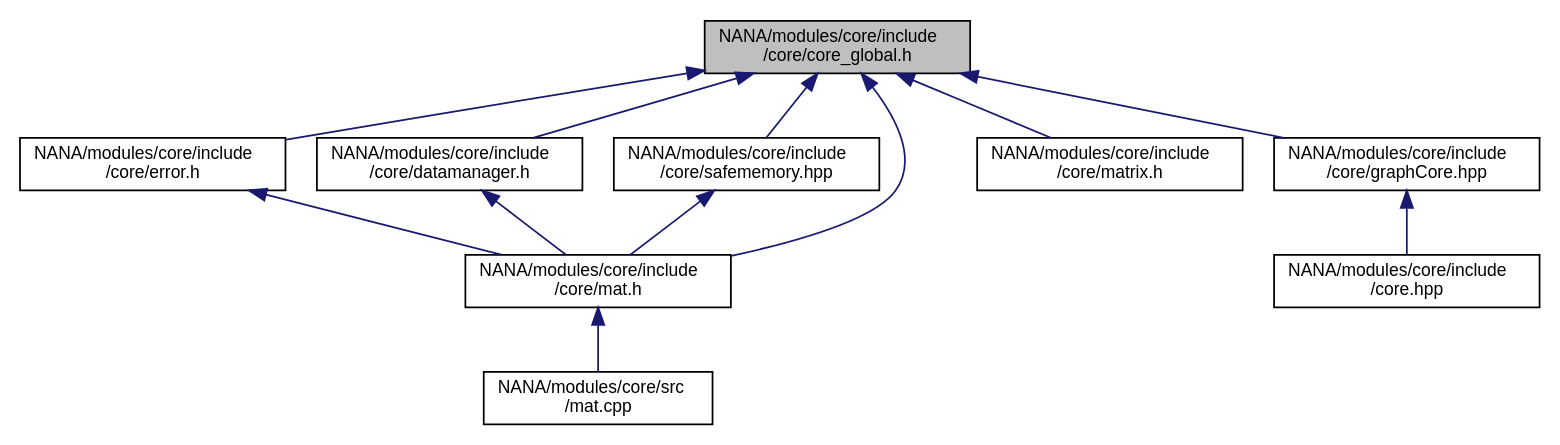
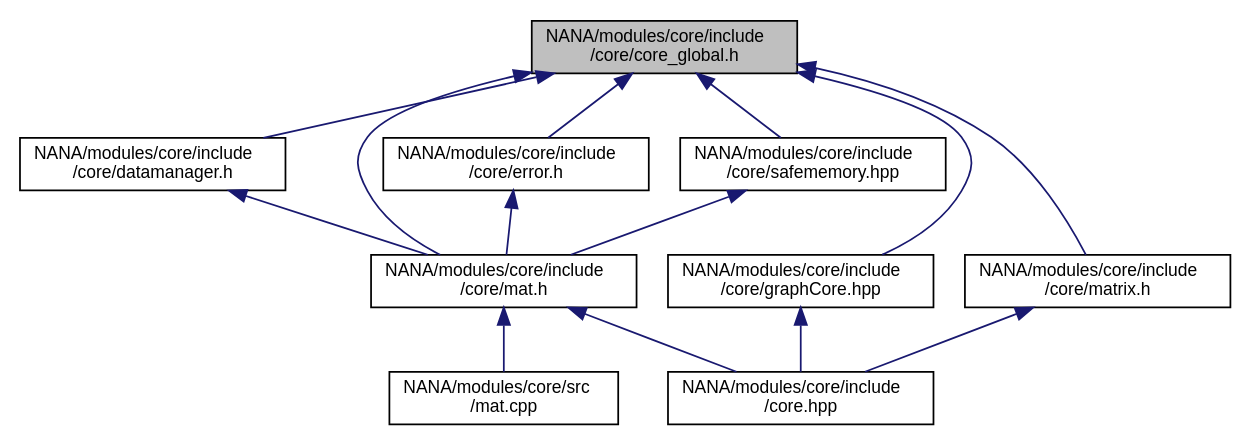
One commit to YuruTu/NANA changed the diagram in docs/modules_2core_2include_2core_2core__global_8h__dep__incl.dot. Above: the diagram before and after it, drawn with Graphviz. The commit also changed 206 other files, not shown here.

Commit message:
增加多视图几何模块

```diff
--- a/docs/modules_2core_2include_2core_2core__global_8h__dep__incl.dot
+++ b/docs/modules_2core_2include_2core_2core__global_8h__dep__incl.dot
@@ -1,26 +1,28 @@
 digraph "NANA/modules/core/include/core/core_global.h"
 {
  // LATEX_PDF_SIZE
   edge [fontname="Helvetica",fontsize="10",labelfontname="Helvetica",labelfontsize="10"];
   node [fontname="Helvetica",fontsize="10",shape=record];
   Node1 [label="NANA/modules/core/include\l/core/core_global.h",height=0.2,width=0.4,color="black", fillcolor="grey75", style="filled", fontcolor="black",tooltip="全局头文件"];
   Node1 -> Node2 [dir="back",color="midnightblue",fontsize="10",style="solid",fontname="Helvetica"];
   Node2 [label="NANA/modules/core/include\l/core/datamanager.h",height=0.2,width=0.4,color="black", fillcolor="white", style="filled",URL="$modules_2core_2include_2core_2datamanager_8h.html",tooltip="实现一个数据管理器"];
   Node2 -> Node3 [dir="back",color="midnightblue",fontsize="10",style="solid",fontname="Helvetica"];
   Node3 [label="NANA/modules/core/include\l/core/mat.h",height=0.2,width=0.4,color="black", fillcolor="white", style="filled",URL="$modules_2core_2include_2core_2mat_8h.html",tooltip="实现一个用于矩阵运算的模板类(仍在实现当中)"];
   Node3 -> Node4 [dir="back",color="midnightblue",fontsize="10",style="solid",fontname="Helvetica"];
-  Node4 [label="NANA/modules/core/src\l/mat.cpp",height=0.2,width=0.4,color="black", fillcolor="white", style="filled",URL="$mat_8cpp.html",tooltip="实现Mat的相关功能"];
-  Node1 -> Node5 [dir="back",color="midnightblue",fontsize="10",style="solid",fontname="Helvetica"];
-  Node5 [label="NANA/modules/core/include\l/core/error.h",height=0.2,width=0.4,color="black", fillcolor="white", style="filled",URL="$modules_2core_2include_2core_2error_8h.html",tooltip="用于抛出异常"];
-  Node5 -> Node3 [dir="back",color="midnightblue",fontsize="10",style="solid",fontname="Helvetica"];
+  Node4 [label="NANA/modules/core/include\l/core.hpp",height=0.2,width=0.4,color="black", fillcolor="white", style="filled",URL="$modules_2core_2include_2core_8hpp.html",tooltip="包含基本的数据结构等"];
+  Node3 -> Node5 [dir="back",color="midnightblue",fontsize="10",style="solid",fontname="Helvetica"];
+  Node5 [label="NANA/modules/core/src\l/mat.cpp",height=0.2,width=0.4,color="black", fillcolor="white", style="filled",URL="$mat_8cpp.html",tooltip="实现Mat的相关功能"];
   Node1 -> Node6 [dir="back",color="midnightblue",fontsize="10",style="solid",fontname="Helvetica"];
-  Node6 [label="NANA/modules/core/include\l/core/graphCore.hpp",height=0.2,width=0.4,color="black", fillcolor="white", style="filled",URL="$modules_2core_2include_2core_2graph_core_8hpp.html",tooltip="为图论算法实现的基本数据结构"];
-  Node6 -> Node7 [dir="back",color="midnightblue",fontsize="10",style="solid",fontname="Helvetica"];
-  Node7 [label="NANA/modules/core/include\l/core.hpp",height=0.2,width=0.4,color="black", fillcolor="white", style="filled",URL="$modules_2core_2include_2core_8hpp.html",tooltip="包含基本的数据结构等"];
+  Node6 [label="NANA/modules/core/include\l/core/error.h",height=0.2,width=0.4,color="black", fillcolor="white", style="filled",URL="$modules_2core_2include_2core_2error_8h.html",tooltip="用于抛出异常"];
+  Node6 -> Node3 [dir="back",color="midnightblue",fontsize="10",style="solid",fontname="Helvetica"];
+  Node1 -> Node7 [dir="back",color="midnightblue",fontsize="10",style="solid",fontname="Helvetica"];
+  Node7 [label="NANA/modules/core/include\l/core/graphCore.hpp",height=0.2,width=0.4,color="black", fillcolor="white", style="filled",URL="$modules_2core_2include_2core_2graph_core_8hpp.html",tooltip="为图论算法实现的基本数据结构"];
+  Node7 -> Node4 [dir="back",color="midnightblue",fontsize="10",style="solid",fontname="Helvetica"];
   Node1 -> Node3 [dir="back",color="midnightblue",fontsize="10",style="solid",fontname="Helvetica"];
   Node1 -> Node8 [dir="back",color="midnightblue",fontsize="10",style="solid",fontname="Helvetica"];
   Node8 [label="NANA/modules/core/include\l/core/matrix.h",height=0.2,width=0.4,color="black", fillcolor="white", style="filled",URL="$modules_2core_2include_2core_2matrix_8h.html",tooltip="简单矩阵类(效率不高，但易于理解，很多时候会触发复制构造函数)，不同于Mat"];
+  Node8 -> Node4 [dir="back",color="midnightblue",fontsize="10",style="solid",fontname="Helvetica"];
   Node1 -> Node9 [dir="back",color="midnightblue",fontsize="10",style="solid",fontname="Helvetica"];
   Node9 [label="NANA/modules/core/include\l/core/safememory.hpp",height=0.2,width=0.4,color="black", fillcolor="white", style="filled",URL="$modules_2core_2include_2core_2safememory_8hpp.html",tooltip="实现安全的内存管理"];
   Node9 -> Node3 [dir="back",color="midnightblue",fontsize="10",style="solid",fontname="Helvetica"];
 }
```
